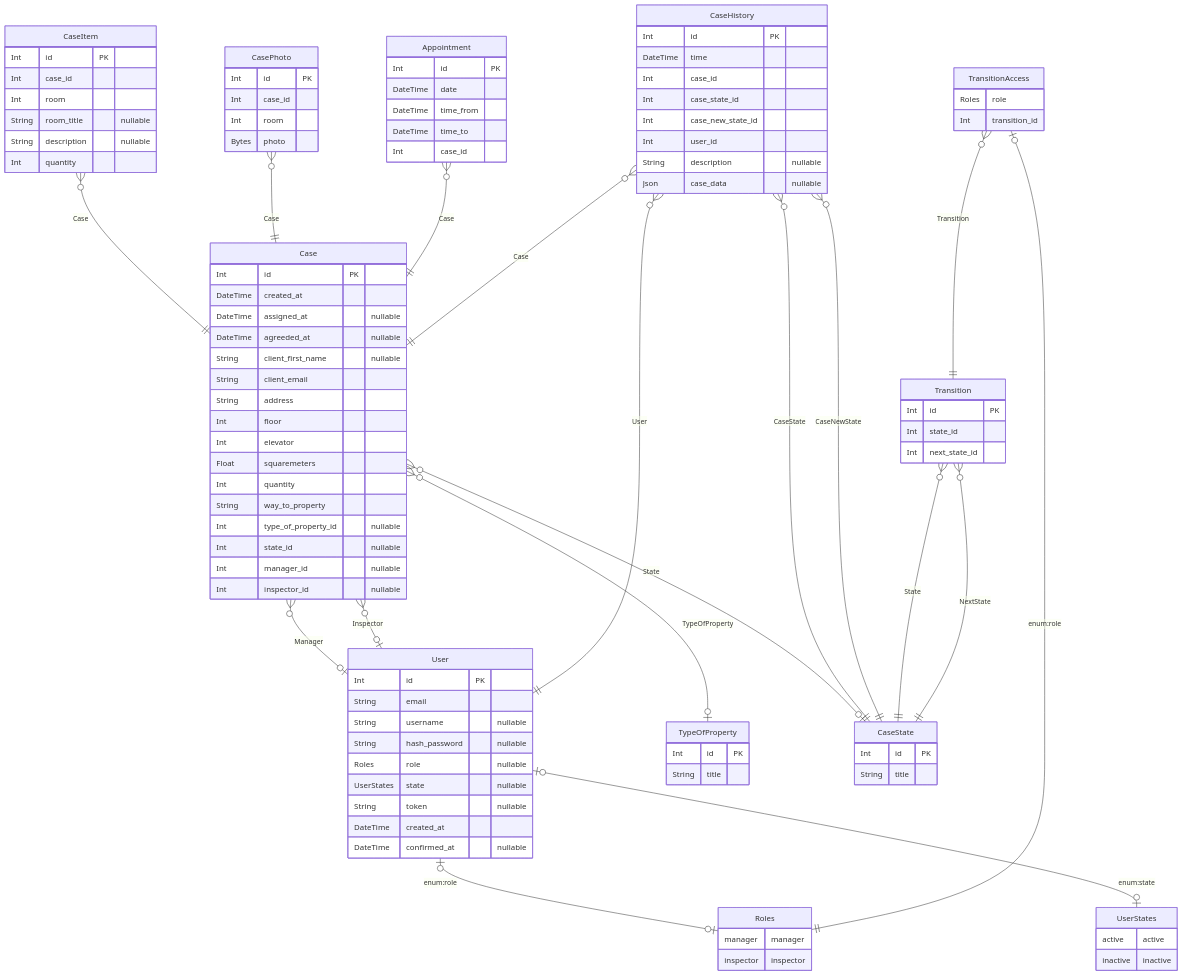
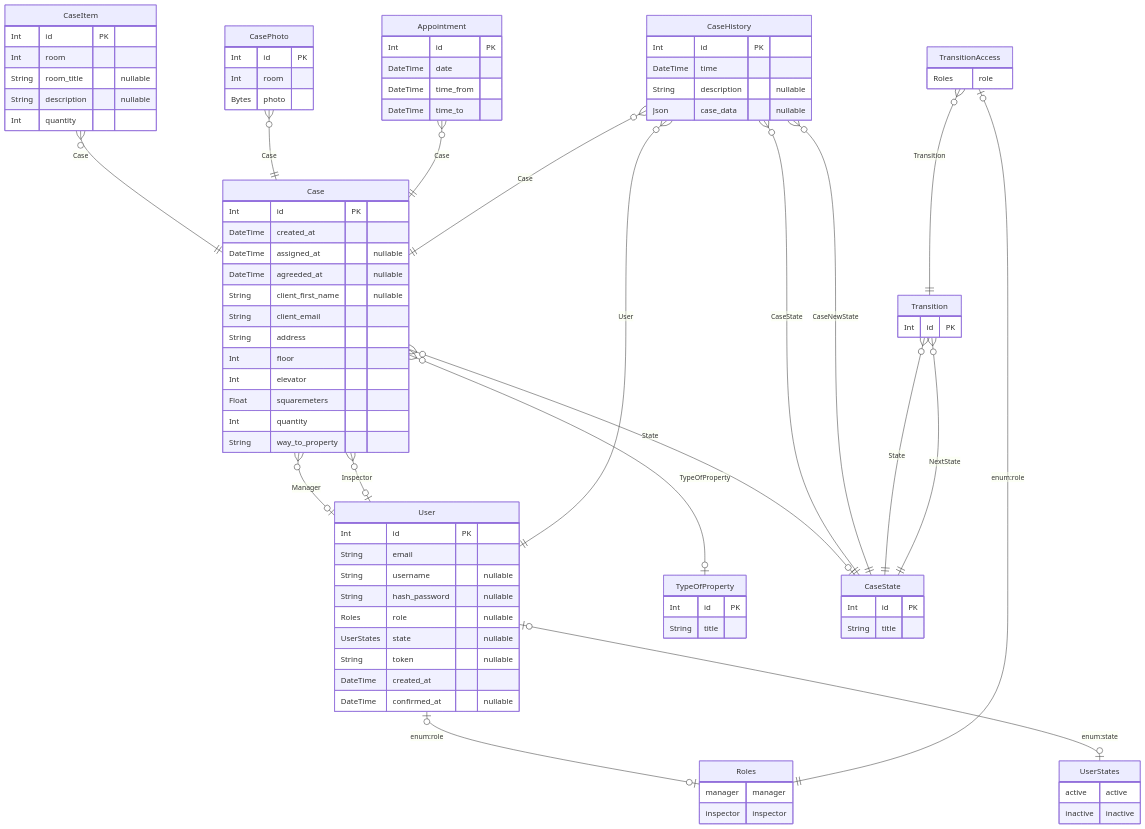
The diagram in prisma/ERD.md (arkadiyshin/prisma-template), drawn with Mermaid before and after one commit. The commit also changed 1 other file, not shown here.

Commit message:
Commented includeRelationFromFields options in erg generator

```diff
--- a/prisma/ERD.md
+++ b/prisma/ERD.md
@@ -39,10 +39,6 @@
     Float squaremeters  
     Int quantity  
     String way_to_property  
-    Int type_of_property_id  "nullable"
-    Int state_id  "nullable"
-    Int manager_id  "nullable"
-    Int inspector_id  "nullable"
     }
   
 
@@ -60,7 +56,6 @@
 
   CaseItem {
     Int id PK 
-    Int case_id  
     Int room  
     String room_title  "nullable"
     String description  "nullable"
@@ -70,7 +65,6 @@
 
   CasePhoto {
     Int id PK 
-    Int case_id  
     Int room  
     Bytes photo  
     }
@@ -81,17 +75,12 @@
     DateTime date  
     DateTime time_from  
     DateTime time_to  
-    Int case_id  
     }
   
 
   CaseHistory {
     Int id PK 
     DateTime time  
-    Int case_id  
-    Int case_state_id  
-    Int case_new_state_id  
-    Int user_id  
     String description  "nullable"
     Json case_data  "nullable"
     }
@@ -99,14 +88,11 @@
 
   Transition {
     Int id PK 
-    Int state_id  
-    Int next_state_id  
     }
   
 
   TransitionAccess {
     Roles role  
-    Int transition_id  
     }
   
     User o|--|o Roles : "enum:role"
```
